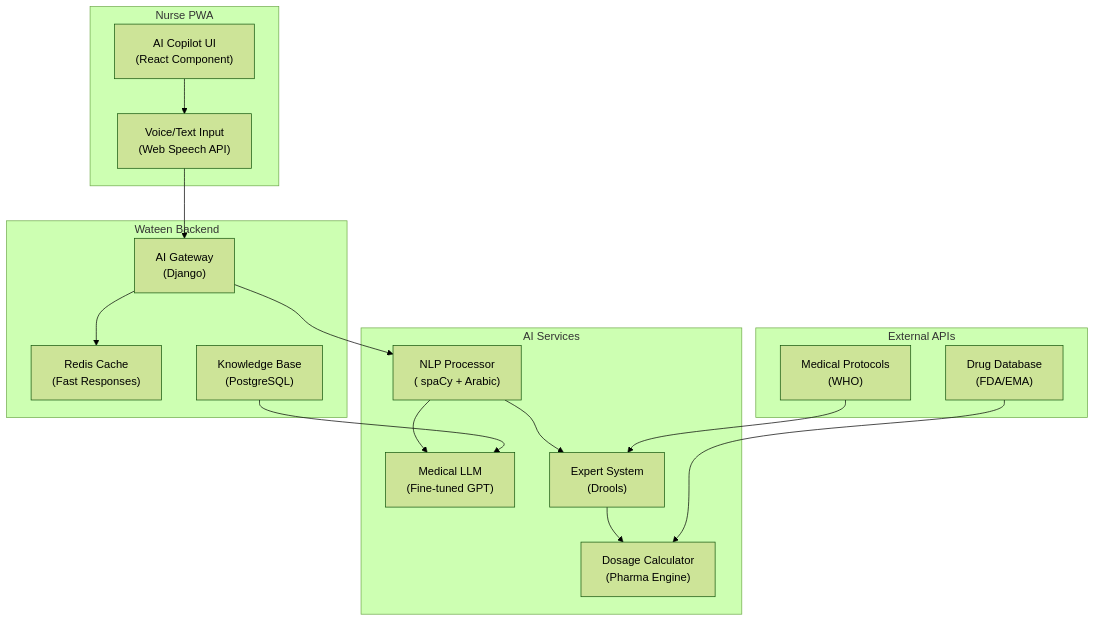
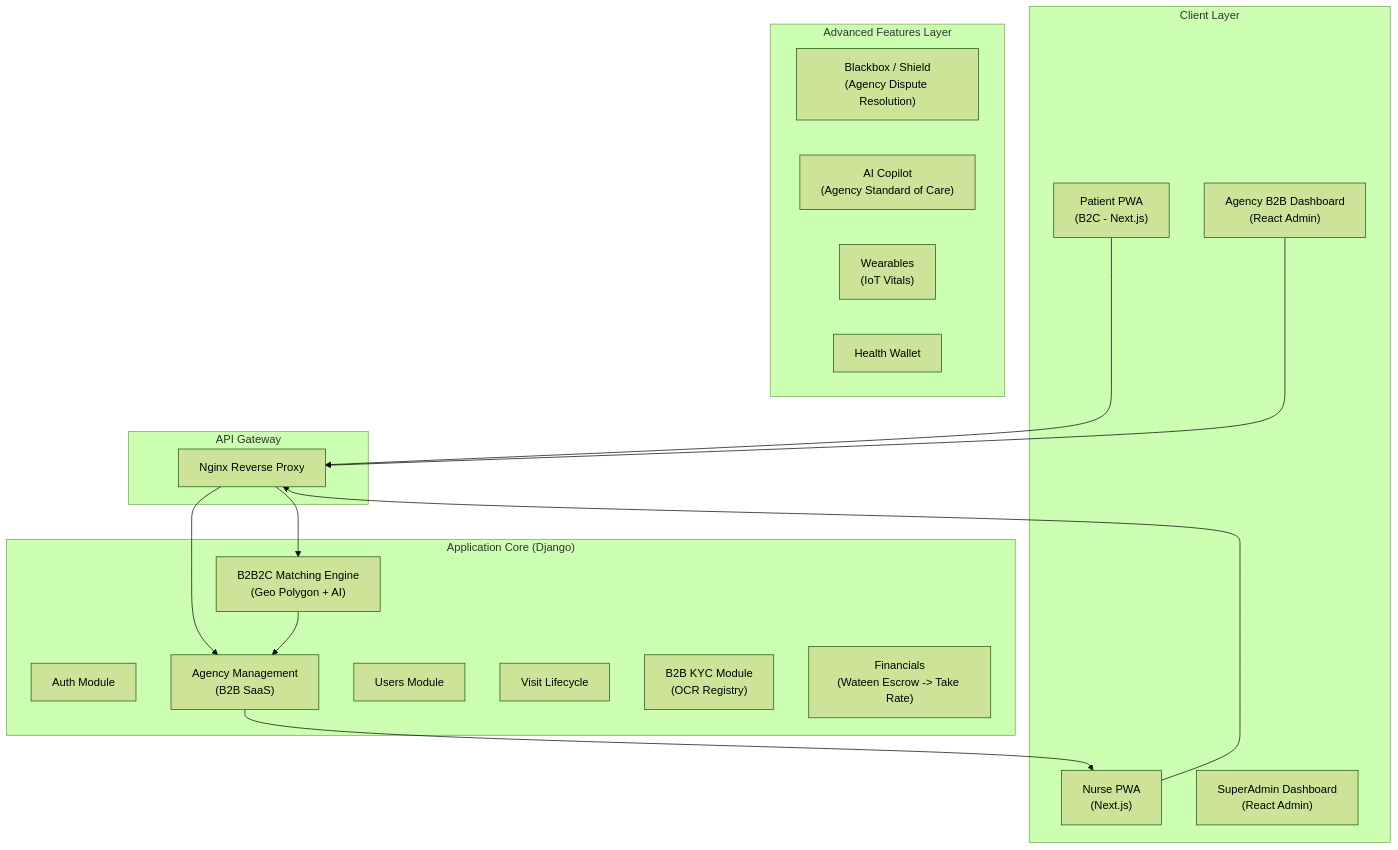
One commit to azmyayman-maker/-Wateen- changed the first of 3 diagrams in docs/MIP.md. Above: the diagram before and after it, drawn with Mermaid (forest theme). The commit also changed other lines of this file and 98 other files, not shown here.

Commit message:
feat: Implement B2B2C architecture with new user roles, agency management, visit workflows, and a comprehensive frontend dashboard.

````diff
--- a/docs/MIP.md
+++ b/docs/MIP.md
@@ -2232,36 +35,38 @@
 ```mermaid
 graph TB
-    subgraph "Nurse PWA"
-        UI["AI Copilot UI<br/>(React Component)"]
-        INPUT["Voice/Text Input<br/>(Web Speech API)"]
+    subgraph "Client Layer"
+        PWA["Patient PWA<br/>(B2C - Next.js)"]
+        NPWA["Nurse PWA<br/>(Next.js)"]
+        AGENCY["Agency B2B Dashboard<br/>(React Admin)"]
+        ADMIN["SuperAdmin Dashboard<br/>(React Admin)"]
     end
 
-    subgraph "AI Services"
-        NLP["NLP Processor<br/>( spaCy + Arabic)"]
-        LLM["Medical LLM<br/>(Fine-tuned GPT)"]
-        RULES["Expert System<br/>(Drools)"]
-        DOSAGE["Dosage Calculator<br/>(Pharma Engine)"]
+    subgraph "API Gateway"
+        GW["Nginx Reverse Proxy"]
     end
 
-    subgraph "Wateen Backend"
-        AI_GATEWAY["AI Gateway<br/>(Django)"]
-        CACHE["Redis Cache<br/>(Fast Responses)"]
-        KNOWLEDGE["Knowledge Base<br/>(PostgreSQL)"]
+    subgraph "Application Core (Django)"
+        AUTH["Auth Module"]
+        AGENCY_MGT["Agency Management<br/>(B2B SaaS)"]
+        USERS["Users Module"]
+        VISITS["Visit Lifecycle"]
+        MATCH["B2B2C Matching Engine<br/>(Geo Polygon + AI)"]
+        KYC["B2B KYC Module<br/>(OCR Registry)"]
+        PAY["Financials<br/>(Wateen Escrow -> Take Rate)"]
     end
 
-    subgraph "External APIs"
-        DRUG["Drug Database<br/>(FDA/EMA)"]
-        PROTOCOL["Medical Protocols<br/>(WHO)"]
+    subgraph "Advanced Features Layer"
+        BLACKBOX["Blackbox / Shield<br/>(Agency Dispute Resolution)"]
+        AI["AI Copilot<br/>(Agency Standard of Care)"]
+        WEARABLE["Wearables<br/>(IoT Vitals)"]
+        WALLET["Health Wallet"]
     end
 
-    UI --> INPUT
-    INPUT --> AI_GATEWAY
-    AI_GATEWAY --> NLP
-    NLP --> LLM
-    NLP --> RULES
-    RULES --> DOSAGE
-    AI_GATEWAY --> CACHE
-    KNOWLEDGE --> LLM
-    DRUG --> DOSAGE
-    PROTOCOL --> RULES
+    PWA --> GW
+    NPWA --> GW
+    AGENCY --> GW
+    GW --> MATCH
+    GW --> AGENCY_MGT
+    MATCH --> AGENCY_MGT
+    AGENCY_MGT --> NPWA
 ```
````
